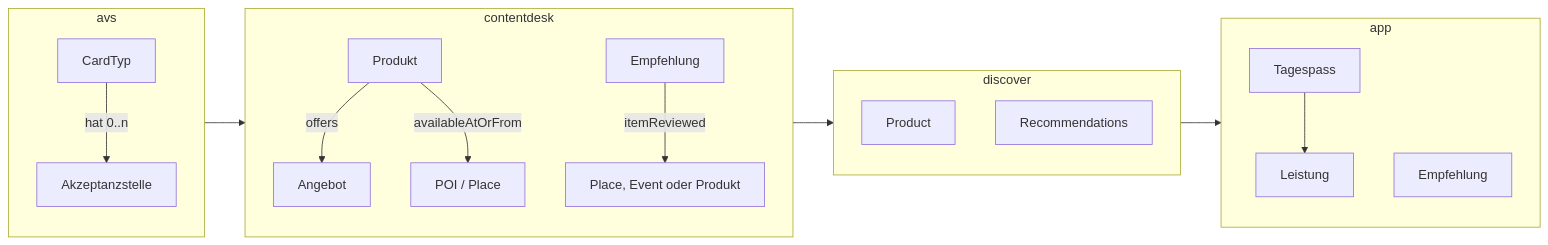
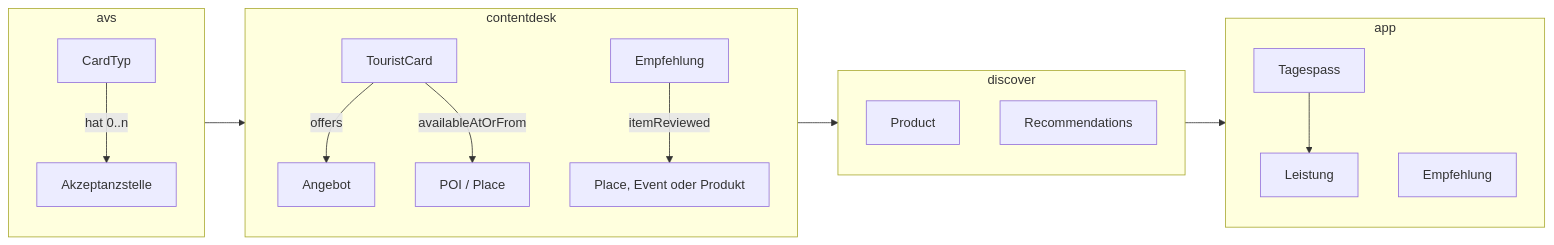
One commit to tsolenthaler/docs.contentdesk.io changed the second of 8 diagrams in docs/dev/projects/glarnerlandApp.md. Above: the diagram before and after it, drawn with Mermaid. The commit also changed other lines of this file, not shown here.

Commit message:
Refactor class diagram and update graph orientation and class diagram properties in glarnerlandApp.md

````diff
--- a/docs/dev/projects/glarnerlandApp.md
+++ b/docs/dev/projects/glarnerlandApp.md
@@ -43,27 +44,27 @@
 ``` mermaid
 graph LR
     subgraph avs
         direction TB
         CardTyp --> | hat 0..n| Akzeptanzstelle
     end
     subgraph contentdesk
         direction TB
-        Produkt --> |offers| Angebot
-        Produkt --> |availableAtOrFrom| Ort["POI / Place"]
+        TouristCard --> |offers| Angebot
+        TouristCard --> |availableAtOrFrom| Ort["POI / Place"]
         Empfehlung --> |itemReviewed| item["Place, Event oder Produkt"]
     end
     subgraph discover
         direction TB
         Product
         Recommendations
     end
     subgraph app
         direction TB
         Tagespass --> Leistung
         Content["Empfehlung"]
     end
 
     avs --> contentdesk
     contentdesk --> discover
     discover --> app
 ```
````
